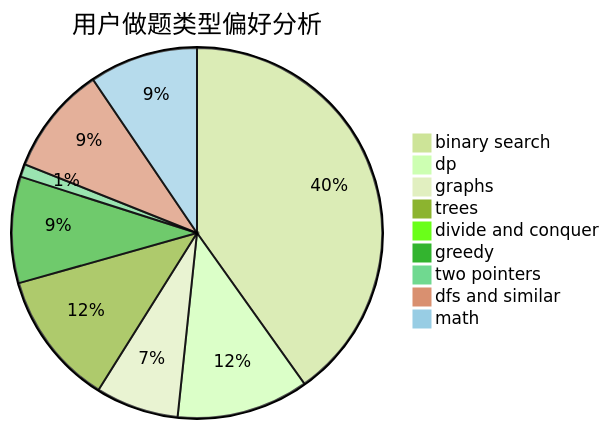
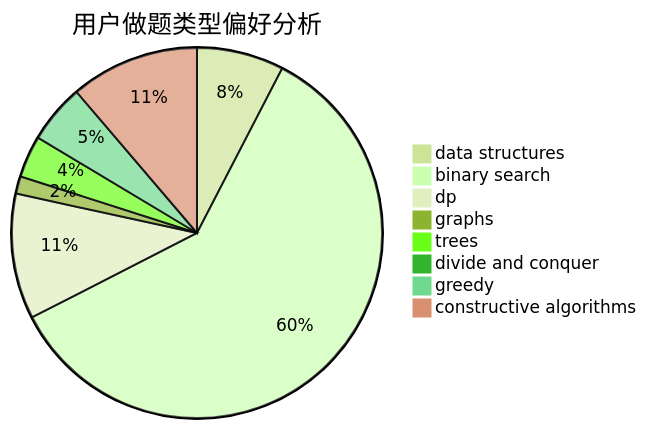
One commit to sherpahu/cfrs.github.io changed the second of 3 diagrams in docs/user/u1952.md. Above: the diagram before and after it, drawn with Mermaid (forest theme). The commit also changed other lines of this file and 2775 other files, not shown here.

````diff
--- a/docs/user/u1952.md
+++ b/docs/user/u1952.md
@@ -23,12 +23,11 @@
 ```mermaid
 pie title 用户做题类型偏好分析
-    "binary search" :  216
-    "dp" :  62
-    "graphs" :  39
-    "trees" :  63
+    "data structures" :  25
+    "binary search" :  197
+    "dp" :  36
+    "graphs" :  5
+    "trees" :  12
     "divide and conquer" :  0
-    "greedy" :  50
-    "two pointers" :  6
-    "dfs and similar" :  51
-    "math" :  51
+    "greedy" :  17
+    "constructive algorithms" :  37
 ```
````
